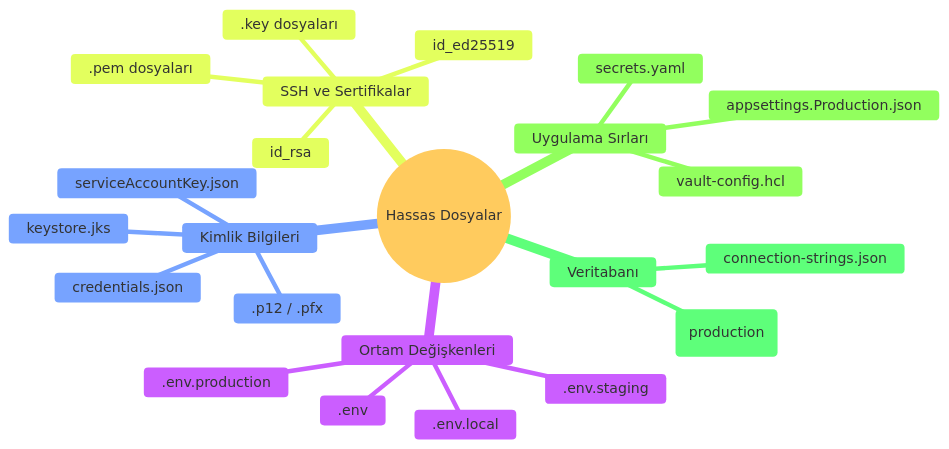
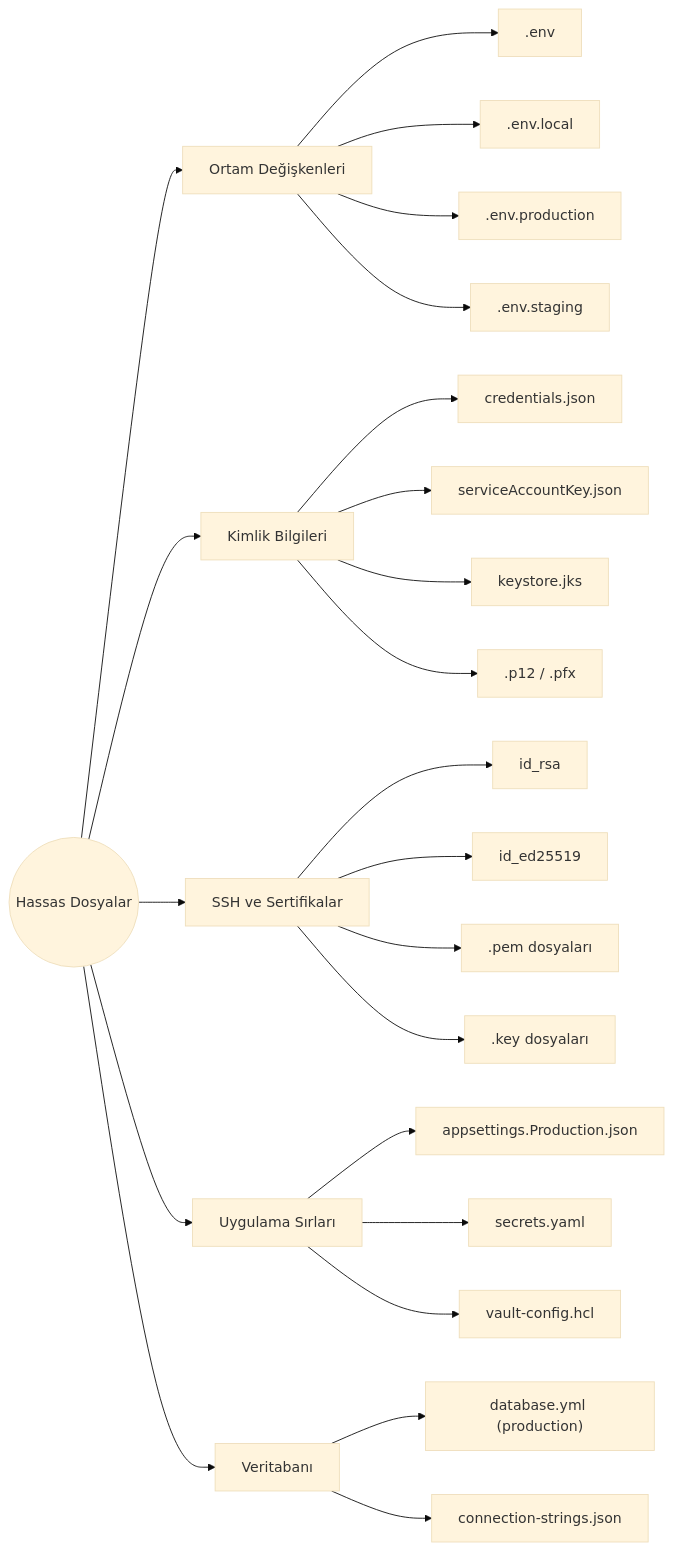
The third of 5 diagrams in 10-izinler-ve-guvenlik/05-guvenlik-en-iyi-uygulamalar.md (IzzetYasinAtes/ClaudeCodeHandbook), drawn with Mermaid (base theme) before and after one commit. The commit also changed other lines of this file and 145 other files, not shown here.

Commit message:
Updated README and various markdown files to enhance readability by replacing newline characters with HTML line breaks in flowcharts and diagrams. This improves the visual presentation of content related to AI fundamentals, large language models, and their applications.

````diff
--- a/10-izinler-ve-guvenlik/05-guvenlik-en-iyi-uygulamalar.md
+++ b/10-izinler-ve-guvenlik/05-guvenlik-en-iyi-uygulamalar.md
@@ -128,26 +128,32 @@
 ```mermaid
-mindmap
-  root(("Hassas Dosyalar"))
-    Ortam Değişkenleri
-      .env
-      .env.local
-      .env.production
-      .env.staging
-    Kimlik Bilgileri
-      credentials.json
-      serviceAccountKey.json
-      keystore.jks
-      .p12 / .pfx
-    SSH ve Sertifikalar
-      id_rsa
-      id_ed25519
-      .pem dosyaları
-      .key dosyaları
-    Uygulama Sırları
-      appsettings.Production.json
-      secrets.yaml
-      vault-config.hcl
-    Veritabanı
-      database.yml (production)
-      connection-strings.json
+flowchart LR
+    ROOT(("Hassas Dosyalar"))
+
+    ROOT --> OD["Ortam Değişkenleri"]
+    ROOT --> KB["Kimlik Bilgileri"]
+    ROOT --> SSH["SSH ve Sertifikalar"]
+    ROOT --> US["Uygulama Sırları"]
+    ROOT --> VT["Veritabanı"]
+
+    OD --> OD1[".env"]
+    OD --> OD2[".env.local"]
+    OD --> OD3[".env.production"]
+    OD --> OD4[".env.staging"]
+
+    KB --> KB1["credentials.json"]
+    KB --> KB2["serviceAccountKey.json"]
+    KB --> KB3["keystore.jks"]
+    KB --> KB4[".p12 / .pfx"]
+
+    SSH --> SSH1["id_rsa"]
+    SSH --> SSH2["id_ed25519"]
+    SSH --> SSH3[".pem dosyaları"]
+    SSH --> SSH4[".key dosyaları"]
+
+    US --> US1["appsettings.Production.json"]
+    US --> US2["secrets.yaml"]
+    US --> US3["vault-config.hcl"]
+
+    VT --> VT1["database.yml (production)"]
+    VT --> VT2["connection-strings.json"]
 ```
````
